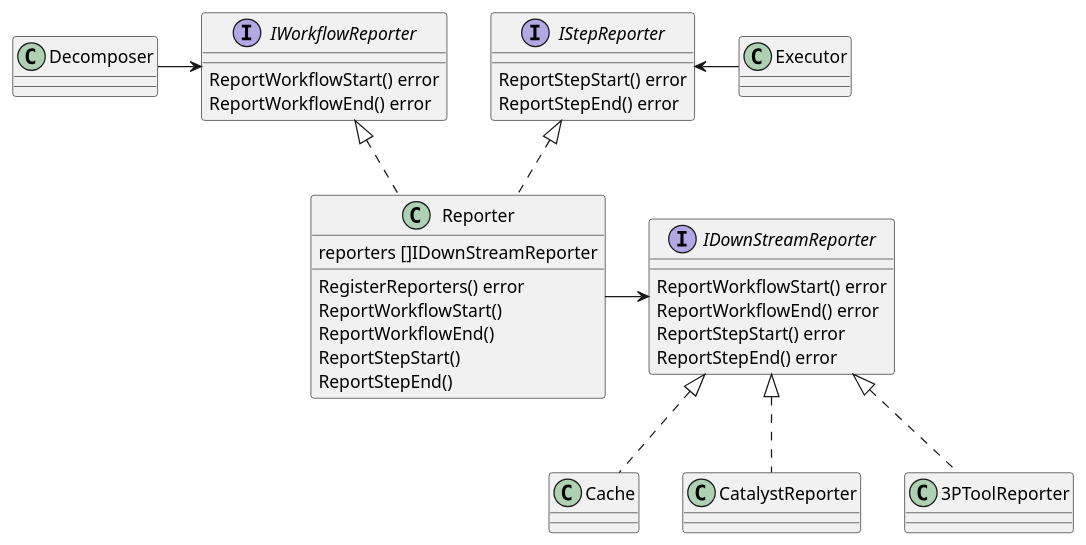
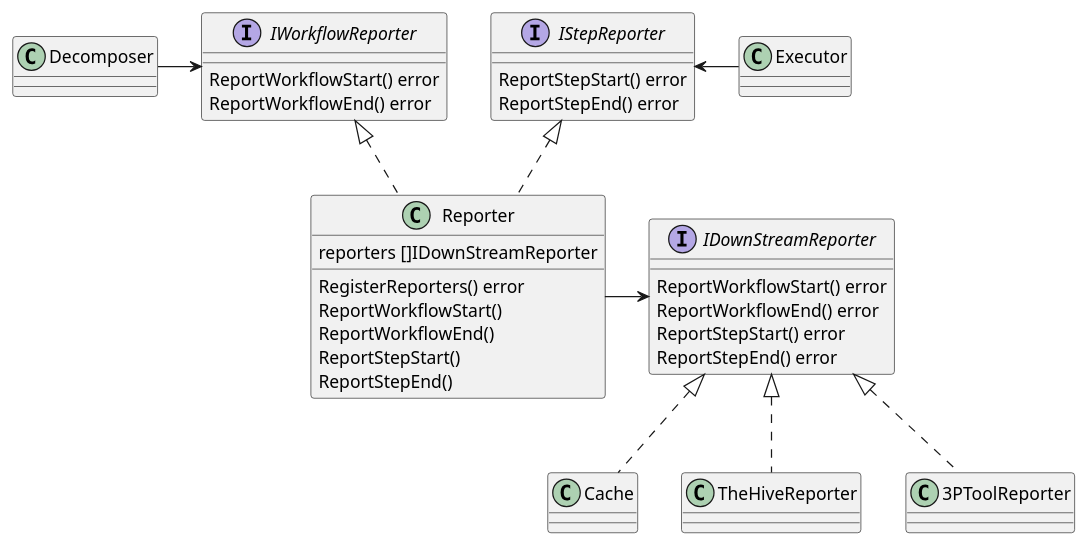
One commit to COSSAS/SOARCA changed the first of 3 diagrams in docs/content/en/docs/core-components/reporting.md. Above: the diagram before and after it, drawn with PlantUML. The commit also changed other lines of this file and 1 other file, not shown here.

Commit message:
change catalyst to the hive again lol

````diff
--- a/docs/content/en/docs/core-components/reporting.md
+++ b/docs/content/en/docs/core-components/reporting.md
@@ -28,50 +28,50 @@
 ```plantuml
 @startuml
 set separator ::
 
 interface IStepReporter{
    ReportStepStart() error
    ReportStepEnd() error
 }
 
 interface IWorkflowReporter{
     ReportWorkflowStart() error
     ReportWorkflowEnd() error
 }
 
 
 interface IDownStreamReporter {
     ReportWorkflowStart() error
     ReportWorkflowEnd() error
 	ReportStepStart() error
 	ReportStepEnd() error
 }
 
 class Reporter {
     reporters []IDownStreamReporter
     RegisterReporters() error
     ReportWorkflowStart()
     ReportWorkflowEnd()
     ReportStepStart()
     ReportStepEnd()
 }
 
 class Cache
-class CatalystReporter
+class TheHiveReporter
 class 3PToolReporter
 
 class Decomposer
 class Executor
 
 Decomposer -right-> IWorkflowReporter
 Executor -left-> IStepReporter
 
 Reporter .up.|> IStepReporter
 Reporter .up.|> IWorkflowReporter
 Reporter -right-> IDownStreamReporter
 
 Cache .up.|> IDownStreamReporter
-CatalystReporter .up.|> IDownStreamReporter
+TheHiveReporter .up.|> IDownStreamReporter
 3PToolReporter .up.|> IDownStreamReporter
 
 ```
````
